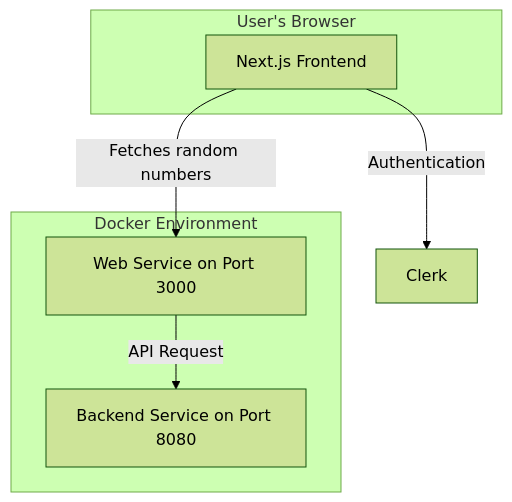
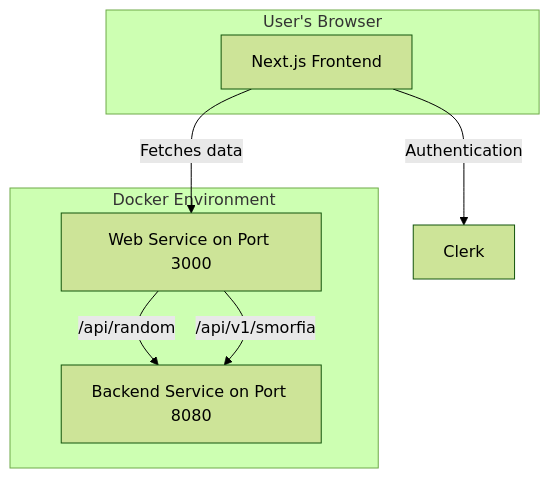
One commit to rjalexa/rjafecit changed the first of 2 diagrams in README.md. Above: the diagram before and after it, drawn with Mermaid (forest theme). The commit also changed other lines of this file and 1 other file, not shown here.

````diff
--- a/README.md
+++ b/README.md
@@ -18,17 +18,18 @@
 ```mermaid
 graph TD
     subgraph "User's Browser"
         A[Next.js Frontend]
     end
 
     subgraph "Docker Environment"
         B[Web Service on Port 3000]
         C[Backend Service on Port 8080]
     end
 
     D[Clerk]
 
-    A -- "Fetches random numbers" --> B
-    B -- "API Request" --> C
+    A -- "Fetches data" --> B
+    B -- "/api/random" --> C
+    B -- "/api/v1/smorfia" --> C
     A -- "Authentication" --> D
 ```
````
